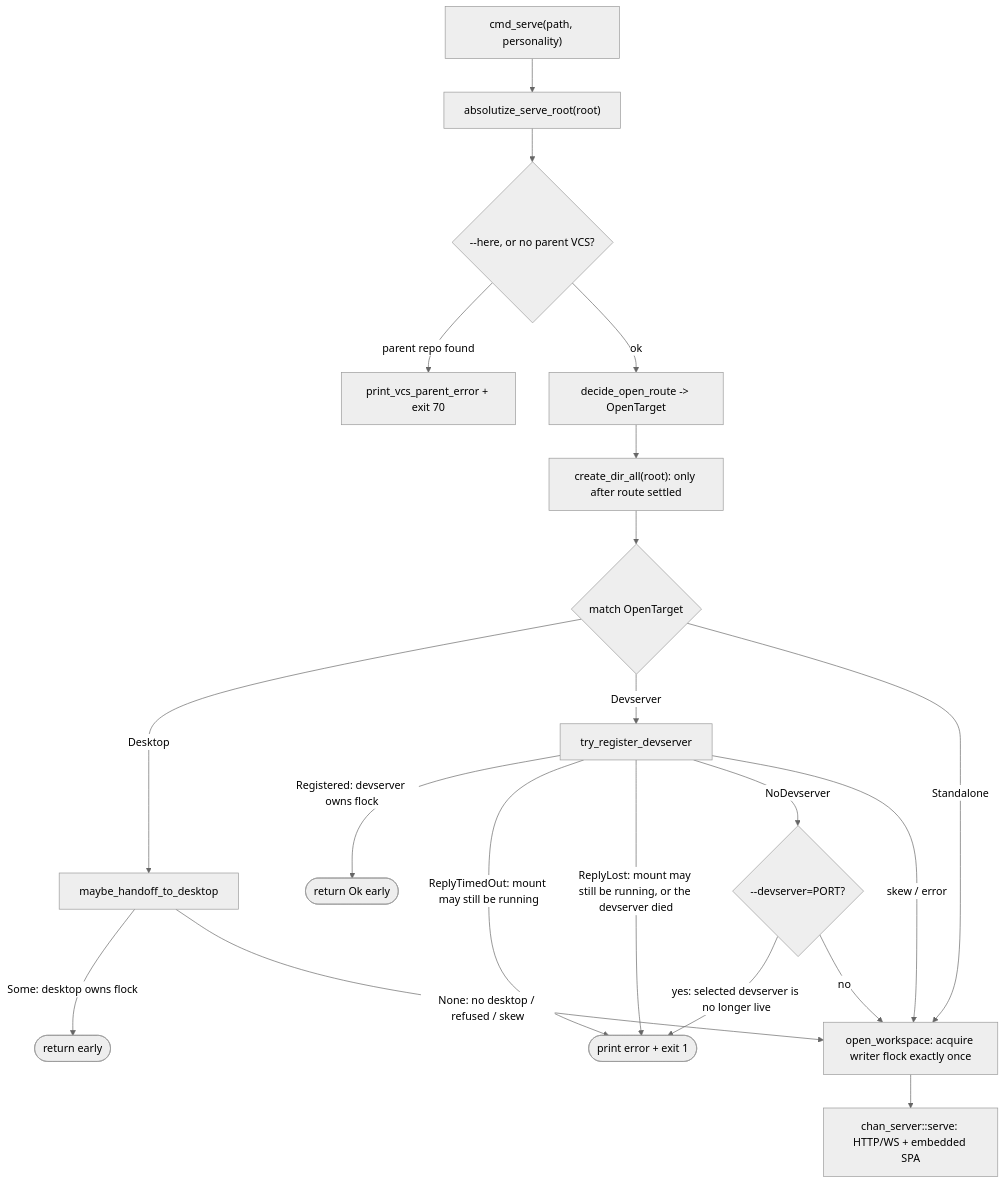
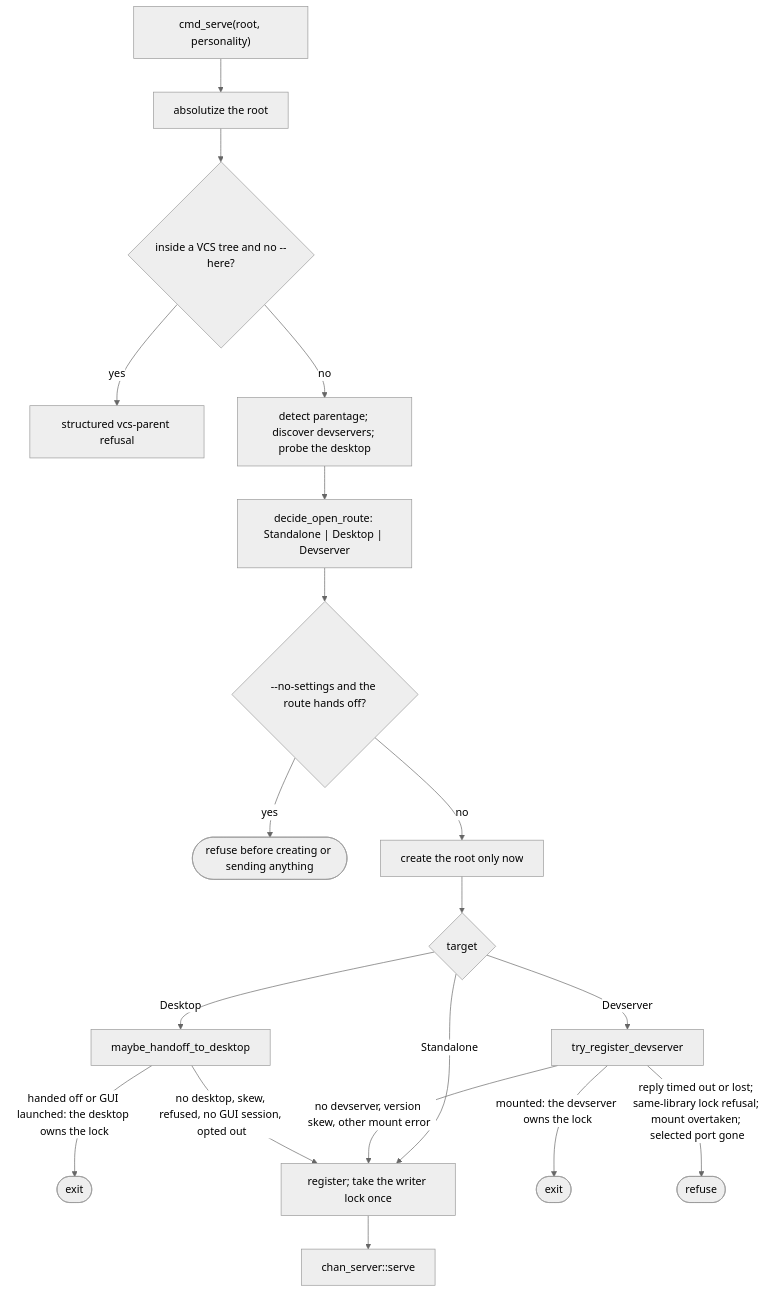
One commit to fiorix/chan changed the second of 3 diagrams in crates/chan/design.md. Above: the diagram before and after it, drawn with Mermaid (neutral theme). The commit also changed other lines of this file and 10 other files, not shown here.

````diff
--- a/crates/chan/design.md
+++ b/crates/chan/design.md
@@ -97,22 +83,21 @@
 ```mermaid
 flowchart TB
-  Start["cmd_serve(path, personality)"] --> Abs["absolutize_serve_root(root)"]
-  Abs --> Vcs{"--here, or no parent VCS?"}
-  Vcs -->|"parent repo found"| Exit70["print_vcs_parent_error + exit 70"]
-  Vcs -->|"ok"| Route["decide_open_route -> OpenTarget"]
-  Route --> Mkdir["create_dir_all(root): only after route settled"]
-  Mkdir --> Target{"match OpenTarget"}
+  Start["cmd_serve(root, personality)"] --> Abs["absolutize the root"]
+  Abs --> Vcs{"inside a VCS tree and no --here?"}
+  Vcs -->|"yes"| Exit70["structured vcs-parent refusal"]
+  Vcs -->|"no"| Probe["detect parentage; discover devservers; probe the desktop"]
+  Probe --> Route["decide_open_route: Standalone | Desktop | Devserver"]
+  Route --> Settings{"--no-settings and the route hands off?"}
+  Settings -->|"yes"| Refuse1(["refuse before creating or sending anything"])
+  Settings -->|"no"| Mkdir["create the root only now"]
+  Mkdir --> Target{"target"}
   Target -->|"Desktop"| Hand["maybe_handoff_to_desktop"]
-  Hand -->|"Some: desktop owns flock"| Ret1(["return early"])
-  Hand -->|"None: no desktop / refused / skew"| Serve
+  Hand -->|"handed off or GUI launched: the desktop owns the lock"| Ret1(["exit"])
+  Hand -->|"no desktop, skew, refused, no GUI session, opted out"| Serve
   Target -->|"Devserver"| Reg["try_register_devserver"]
-  Reg -->|"Registered: devserver owns flock"| Ret2(["return Ok early"])
-  Reg -->|"ReplyTimedOut: mount may still be running"| Refuse(["print error + exit 1"])
-  Reg -->|"ReplyLost: mount may still be running, or the devserver died"| Refuse
-  Reg -->|"NoDevserver"| Explicit{"--devserver=PORT?"}
-  Explicit -->|"yes: selected devserver is no longer live"| Refuse
-  Explicit -->|"no"| Serve
-  Reg -->|"skew / error"| Serve
+  Reg -->|"mounted: the devserver owns the lock"| Ret2(["exit"])
+  Reg -->|"reply timed out or lost; same-library lock refusal; mount overtaken; selected port gone"| Refuse2(["refuse"])
+  Reg -->|"no devserver, version skew, other mount error"| Serve
   Target -->|"Standalone"| Serve
-  Serve["open_workspace: acquire writer flock exactly once"] --> Run["chan_server::serve: HTTP/WS + embedded SPA"]
+  Serve["register; take the writer lock once"] --> Run["chan_server::serve"]
 ```
````
